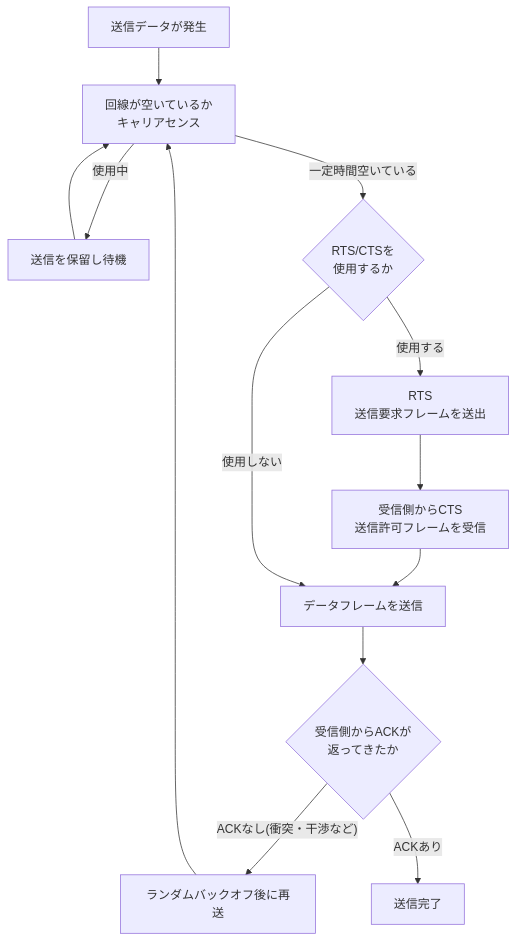
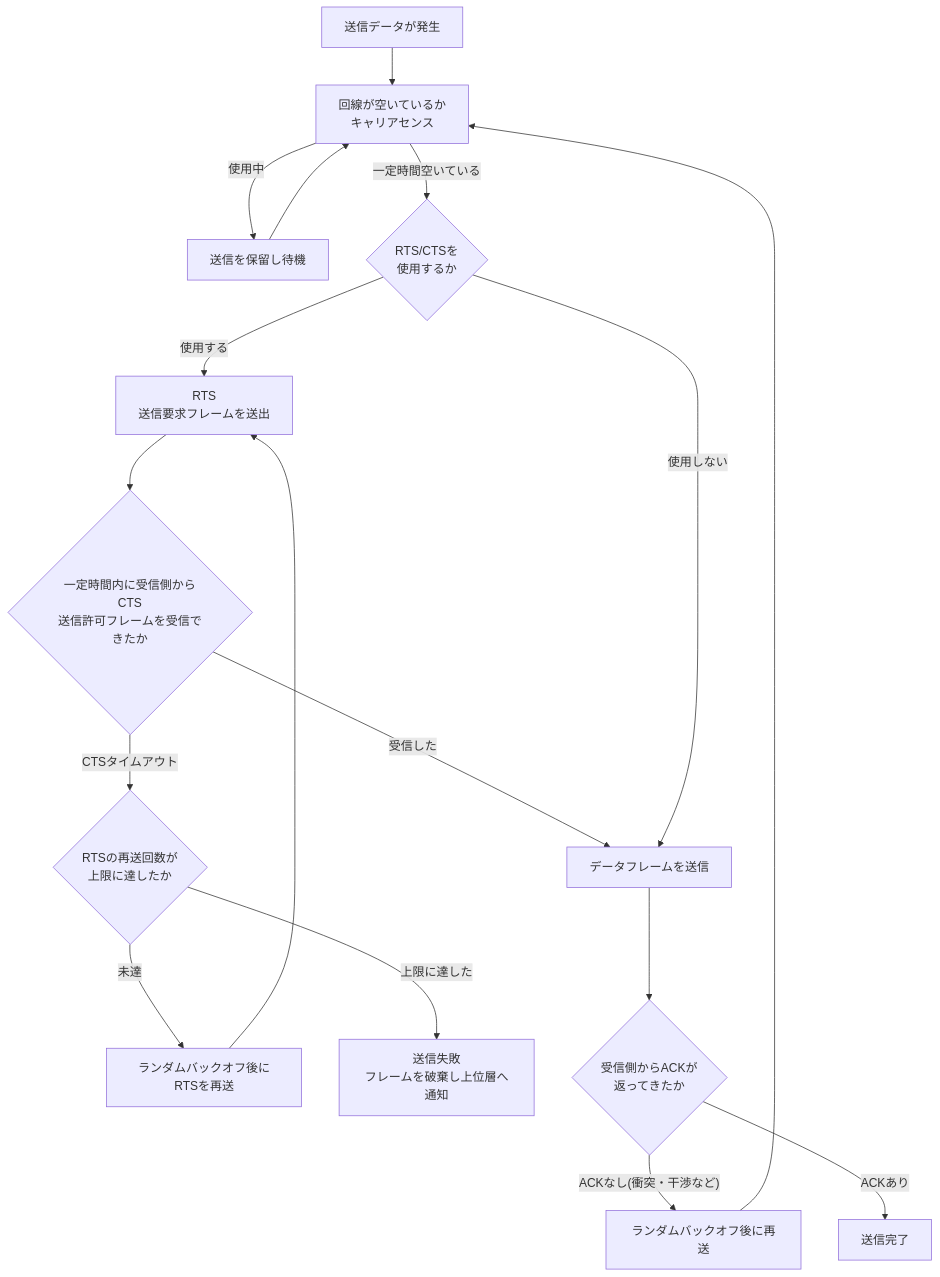
Before and after one commit to myoshi2891/Cloud-Infrastructure-Studies: the seventh of 21 diagrams in Computer-networks-tanenbaum.md, drawn with Mermaid. The commit also changed other lines of this file and 1 other file, not shown here.

Commit message:
docs(books): refine MAC addressing, RTS/CTS retry flow, and Wi-Fi 7 dates in Computer Networks guide

````diff
--- a/Computer-networks-tanenbaum.md
+++ b/Computer-networks-tanenbaum.md
@@ -350,15 +350,19 @@
 ```mermaid
 flowchart TD
     Start2["送信データが発生"] --> Sense2["回線が空いているか<br/>キャリアセンス"]
     Sense2 -->|使用中| Defer["送信を保留し待機"]
     Defer --> Sense2
     Sense2 -->|一定時間空いている| UseRts{"RTS/CTSを<br/>使用するか"}
     UseRts -->|使用する| RTS["RTS<br/>送信要求フレームを送出"]
-    RTS --> CTS["受信側からCTS<br/>送信許可フレームを受信"]
-    CTS --> Send2["データフレームを送信"]
+    RTS --> CTS{"一定時間内に受信側からCTS<br/>送信許可フレームを受信できたか"}
+    CTS -->|"受信した"| Send2["データフレームを送信"]
+    CTS -->|"CTSタイムアウト"| RtsRetry{"RTSの再送回数が<br/>上限に達したか"}
+    RtsRetry -->|"未達"| RtsBackoff["ランダムバックオフ後にRTSを再送"]
+    RtsBackoff --> RTS
+    RtsRetry -->|"上限に達した"| RtsFail["送信失敗<br/>フレームを破棄し上位層へ通知"]
     UseRts -->|使用しない| Send2
     Send2 --> ACK{"受信側からACKが<br/>返ってきたか"}
     ACK -->|"ACKなし(衝突・干渉など)"| Backoff2["ランダムバックオフ後に再送"]
     Backoff2 --> Sense2
     ACK -->|ACKあり| Done2["送信完了"]
 ```
````
